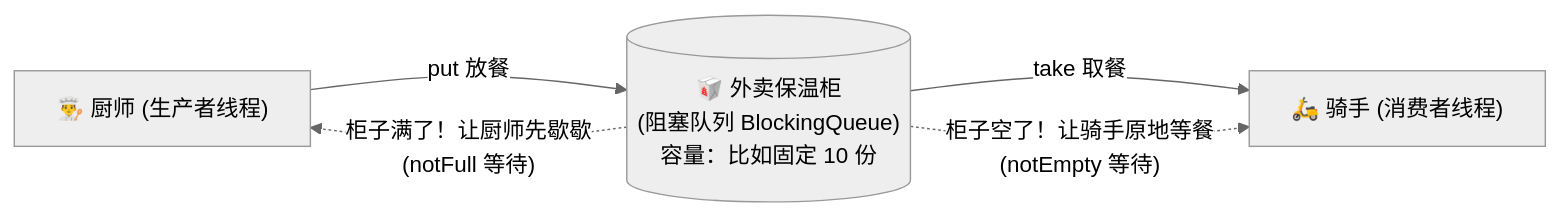
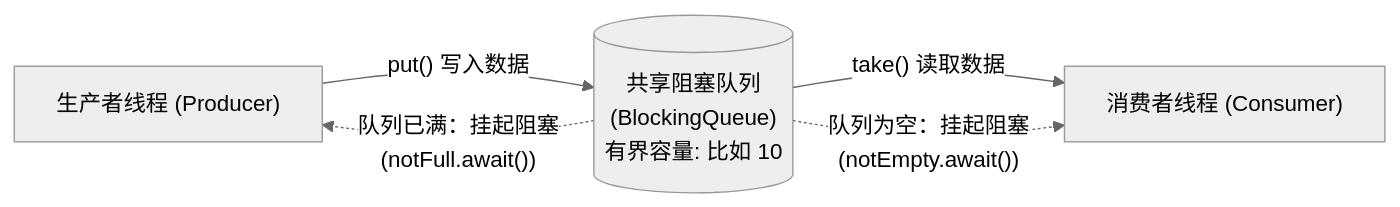
One commit to GuoWWWX/knowledge-base changed the first of 2 diagrams in 20-Java后端/03-并发编程/13-线程协作与阻塞队列.md. Above: the diagram before and after it, drawn with Mermaid (neutral theme). The commit also changed other lines of this file and 234 other files, not shown here.

````diff
--- a/20-Java后端/03-并发编程/13-线程协作与阻塞队列.md
+++ b/20-Java后端/03-并发编程/13-线程协作与阻塞队列.md
@@ -23,8 +28,8 @@
 ```mermaid
 flowchart LR
-    Cook["👨‍🍳 厨师 (生产者线程)"] -->|put 放餐| Cabinet[("🥡 外卖保温柜<br/>(阻塞队列 BlockingQueue)<br/>容量：比如固定 10 份")]
-    Cabinet -->|take 取餐| Rider["🛵 骑手 (消费者线程)"]
+    Cook["生产者线程 (Producer)"] -->|"put() 写入数据"| Cabinet[("共享阻塞队列<br/>(BlockingQueue)<br/>有界容量: 比如 10")]
+    Cabinet -->|"take() 读取数据"| Rider["消费者线程 (Consumer)"]
 
-    Cabinet -.->|"柜子满了！让厨师先歇歇<br/>(notFull 等待)"| Cook
-    Cabinet -.->|"柜子空了！让骑手原地等餐<br/>(notEmpty 等待)"| Rider
+    Cabinet -.->|"队列已满：挂起阻塞<br/>(notFull.await())"| Cook
+    Cabinet -.->|"队列为空：挂起阻塞<br/>(notEmpty.await())"| Rider
 ```
````
